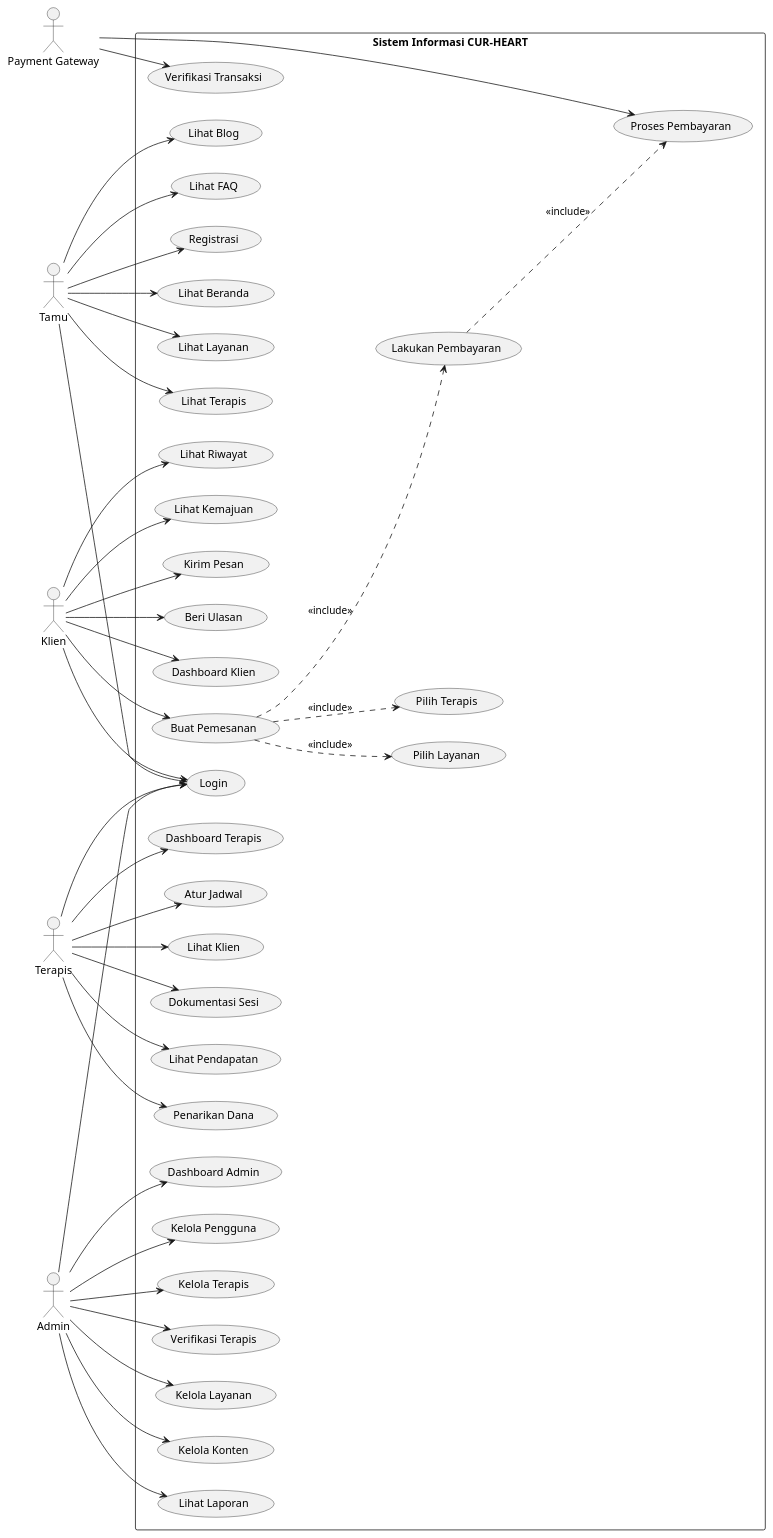
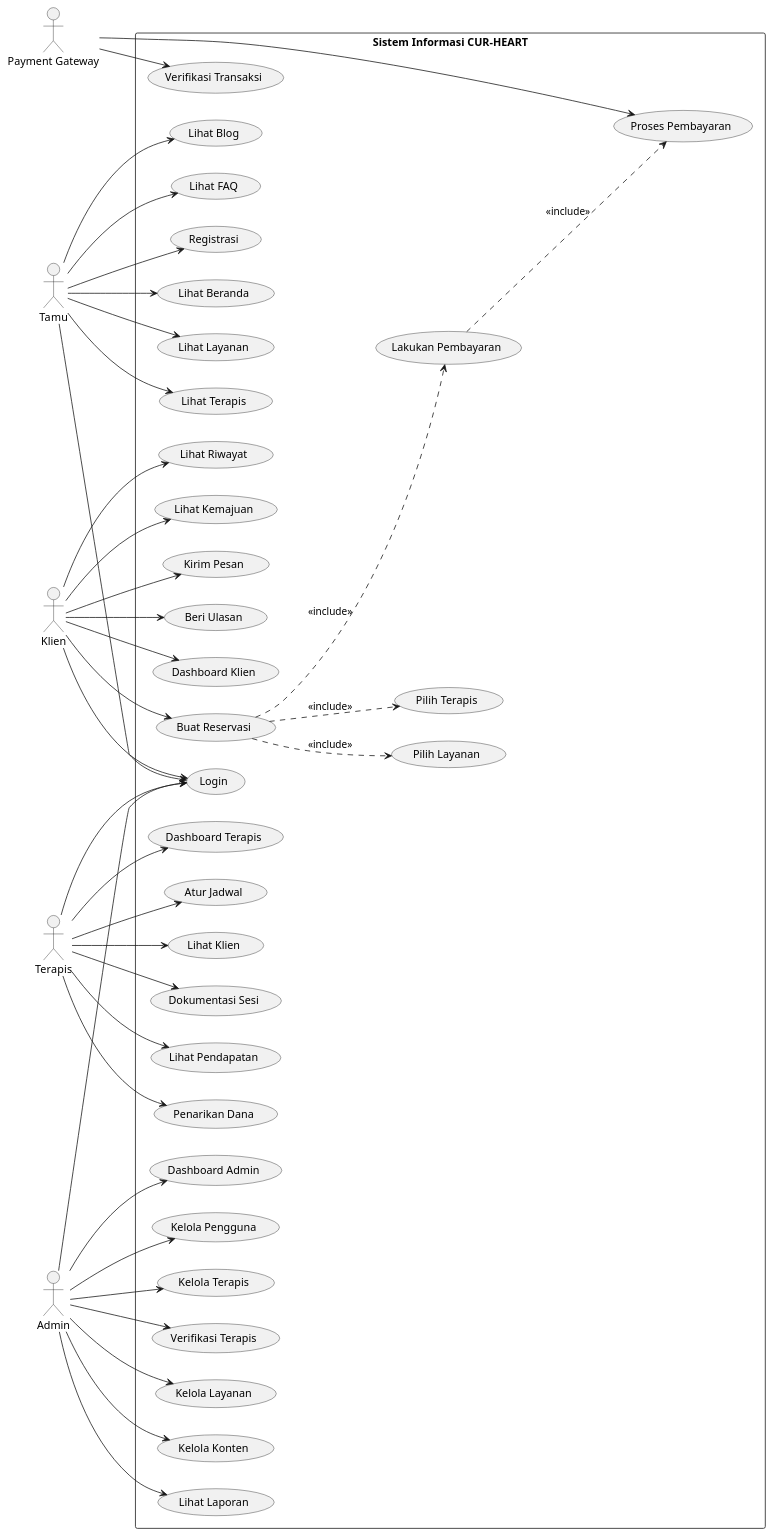
The diagram in tugas-selesai/04_proyek_sistem_informasi/03_desain/diagrams/01_use_case_diagram.puml (roqianjas/unm-s7), drawn with PlantUML before and after one commit. The commit also changed 5 other files, not shown here.

Commit message:
update uml

```diff
--- a/tugas-selesai/04_proyek_sistem_informasi/03_desain/diagrams/01_use_case_diagram.puml
+++ b/tugas-selesai/04_proyek_sistem_informasi/03_desain/diagrams/01_use_case_diagram.puml
@@ -1,90 +1,90 @@
 @startuml
 left to right direction
 skinparam packageStyle rectangle
 
 actor "Tamu" as Guest
 actor "Klien" as Client
 actor "Terapis" as Therapist
 actor "Admin" as Admin
 actor "Payment Gateway" as Payment
 
 rectangle "Sistem Informasi CUR-HEART" {
   usecase "Lihat Beranda" as UC1
   usecase "Lihat Layanan" as UC2
   usecase "Lihat Terapis" as UC3
   usecase "Lihat Blog" as UC4
   usecase "Lihat FAQ" as UC5
   usecase "Registrasi" as UC6
   usecase "Login" as UC7
   
   usecase "Dashboard Klien" as UC8
-  usecase "Buat Pemesanan" as UC9
+  usecase "Buat Reservasi" as UC9
   usecase "Pilih Layanan" as UC10
   usecase "Pilih Terapis" as UC11
   usecase "Lakukan Pembayaran" as UC12
   usecase "Lihat Riwayat" as UC13
   usecase "Lihat Kemajuan" as UC14
   usecase "Kirim Pesan" as UC15
   usecase "Beri Ulasan" as UC16
   
   usecase "Dashboard Terapis" as UC17
   usecase "Atur Jadwal" as UC18
   usecase "Lihat Klien" as UC19
   usecase "Dokumentasi Sesi" as UC20
   usecase "Lihat Pendapatan" as UC21
   usecase "Penarikan Dana" as UC22
   
   usecase "Dashboard Admin" as UC23
   usecase "Kelola Pengguna" as UC24
   usecase "Kelola Terapis" as UC25
   usecase "Verifikasi Terapis" as UC26
   usecase "Kelola Layanan" as UC27
   usecase "Kelola Konten" as UC28
   usecase "Lihat Laporan" as UC29
   
   usecase "Proses Pembayaran" as UC30
   usecase "Verifikasi Transaksi" as UC31
 }
 
 Guest --> UC1
 Guest --> UC2
 Guest --> UC3
 Guest --> UC4
 Guest --> UC5
 Guest --> UC6
 Guest --> UC7
 
 Client --> UC7
 Client --> UC8
 Client --> UC9
 Client --> UC13
 Client --> UC14
 Client --> UC15
 Client --> UC16
 
 Therapist --> UC7
 Therapist --> UC17
 Therapist --> UC18
 Therapist --> UC19
 Therapist --> UC20
 Therapist --> UC21
 Therapist --> UC22
 
 Admin --> UC7
 Admin --> UC23
 Admin --> UC24
 Admin --> UC25
 Admin --> UC26
 Admin --> UC27
 Admin --> UC28
 Admin --> UC29
 
 Payment --> UC30
 Payment --> UC31
 
 UC9 ..> UC10 : <<include>>
 UC9 ..> UC11 : <<include>>
 UC9 ..> UC12 : <<include>>
 UC12 ..> UC30 : <<include>>
 
 @enduml
```
